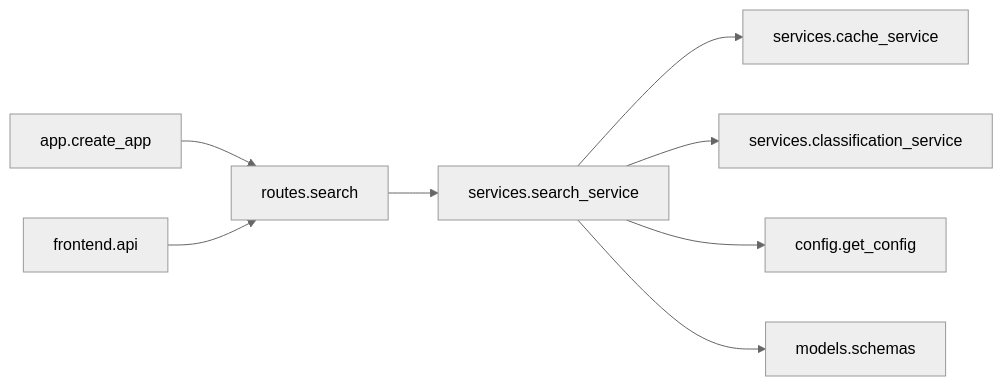
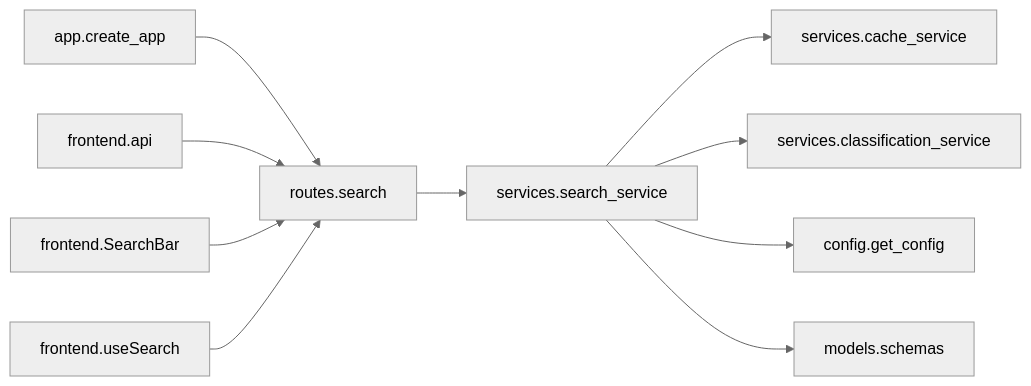
Before and after one commit to wangdy21/search_is_all_you_need: the third of 3 diagrams in .qoder/repowiki/zh/content/API接口参考/搜索API.md, drawn with Mermaid (neutral theme). The commit also changed other lines of this file and 11 other files, not shown here.

````diff
--- a/.qoder/repowiki/zh/content/API接口参考/搜索API.md
+++ b/.qoder/repowiki/zh/content/API接口参考/搜索API.md
@@ -292,10 +343,12 @@
 ```mermaid
 graph LR
 Routes["routes.search"] --> Svc["services.search_service"]
 Svc --> Cache["services.cache_service"]
 Svc --> Class["services.classification_service"]
 Svc --> Cfg["config.get_config"]
 Svc --> DB["models.schemas"]
 App["app.create_app"] --> Routes
 FE_API["frontend.api"] --> Routes
+FE_SEARCHBAR["frontend.SearchBar"] --> Routes
+FE_HOOK["frontend.useSearch"] --> Routes
 ```
````
